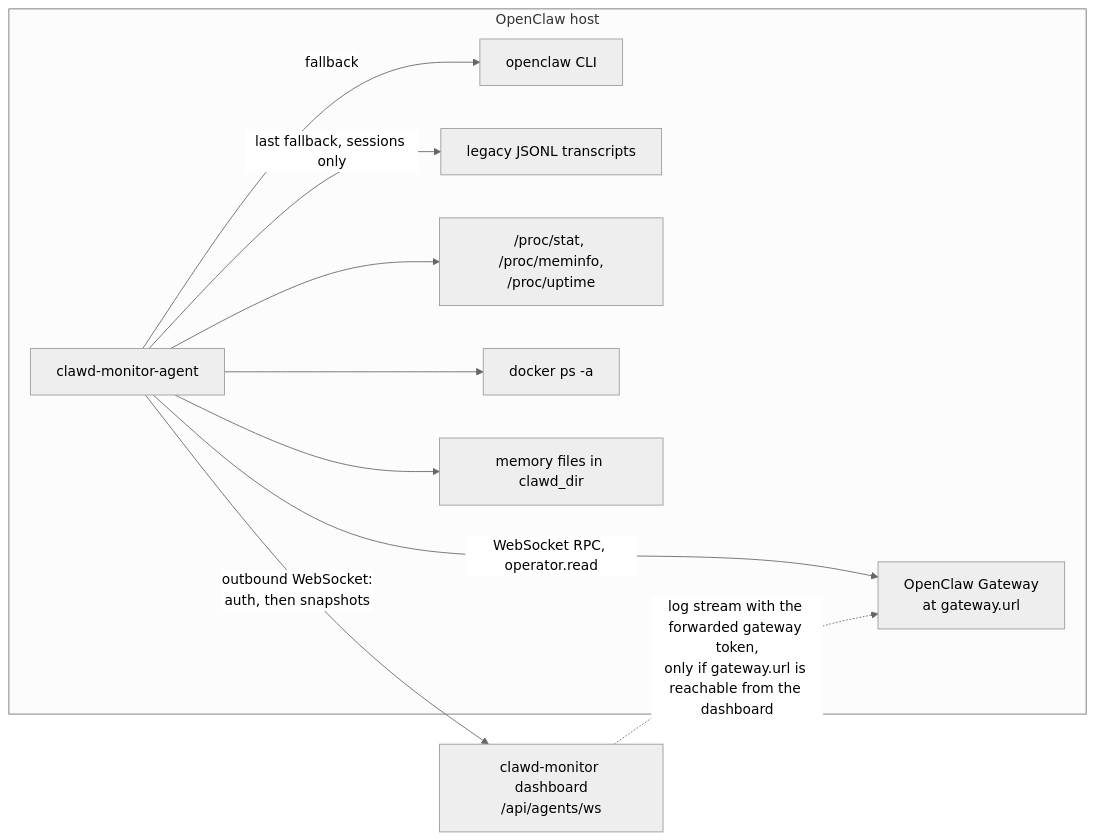
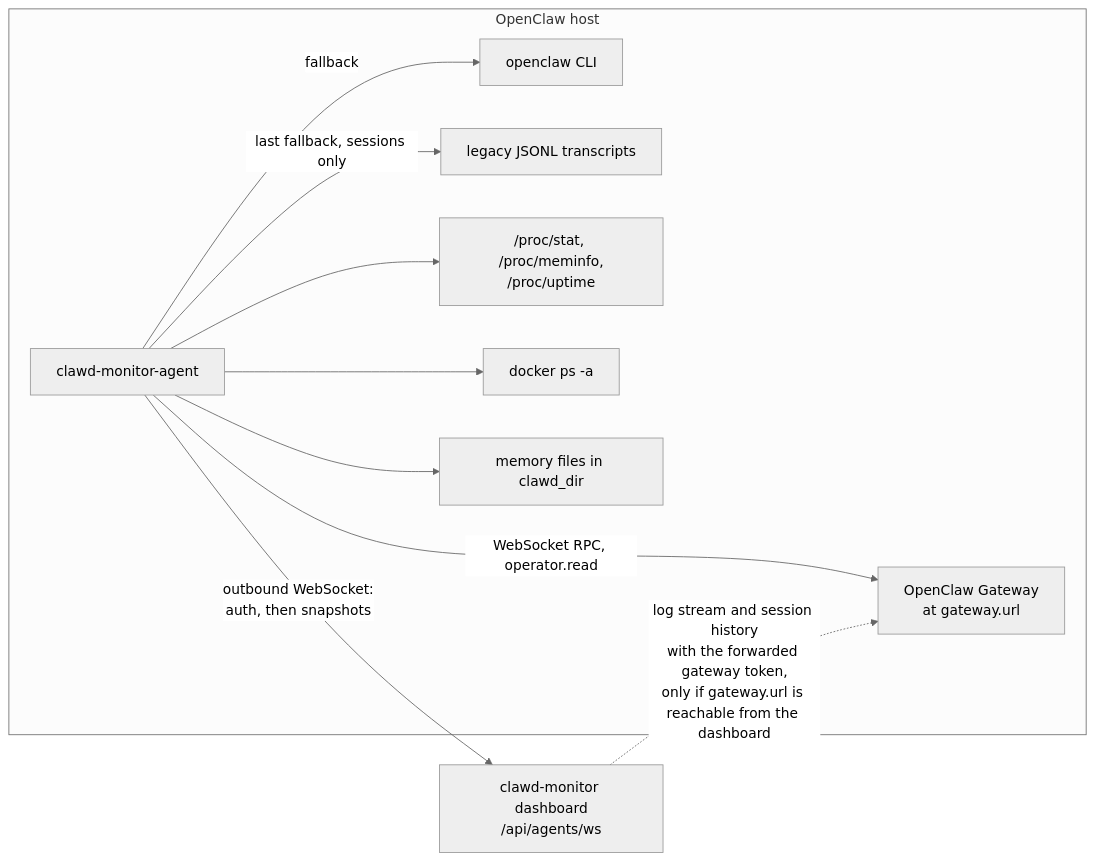
The diagram in README.md (LanNguyenSi/clawd-monitor-agent), drawn with Mermaid (neutral theme) before and after one commit. The commit also changed other lines of this file, not shown here.

First line of the commit message:
docs(readme): name both dashboard calls back to the OpenClaw Gateway

````diff
--- a/README.md
+++ b/README.md
@@ -19,21 +20,21 @@
 ```mermaid
 flowchart LR
   subgraph Host["OpenClaw host"]
     Agent["clawd-monitor-agent"]
     GW["OpenClaw Gateway<br/>at gateway.url"]
     OCLI["openclaw CLI"]
     JSONL["legacy JSONL transcripts"]
     Proc["/proc/stat, /proc/meminfo,<br/>/proc/uptime"]
     Docker["docker ps -a"]
     Files["memory files in clawd_dir"]
   end
   Dash["clawd-monitor dashboard<br/>/api/agents/ws"]
   Agent -->|"outbound WebSocket:<br/>auth, then snapshots"| Dash
   Agent -->|"WebSocket RPC, operator.read"| GW
   Agent -->|fallback| OCLI
   Agent -->|"last fallback, sessions only"| JSONL
   Agent --> Proc
   Agent --> Docker
   Agent --> Files
-  Dash -.->|"log stream with the forwarded gateway token,<br/>only if gateway.url is reachable from the dashboard"| GW
+  Dash -.->|"log stream and session history<br/>with the forwarded gateway token,<br/>only if gateway.url is reachable from the dashboard"| GW
 ```
````
